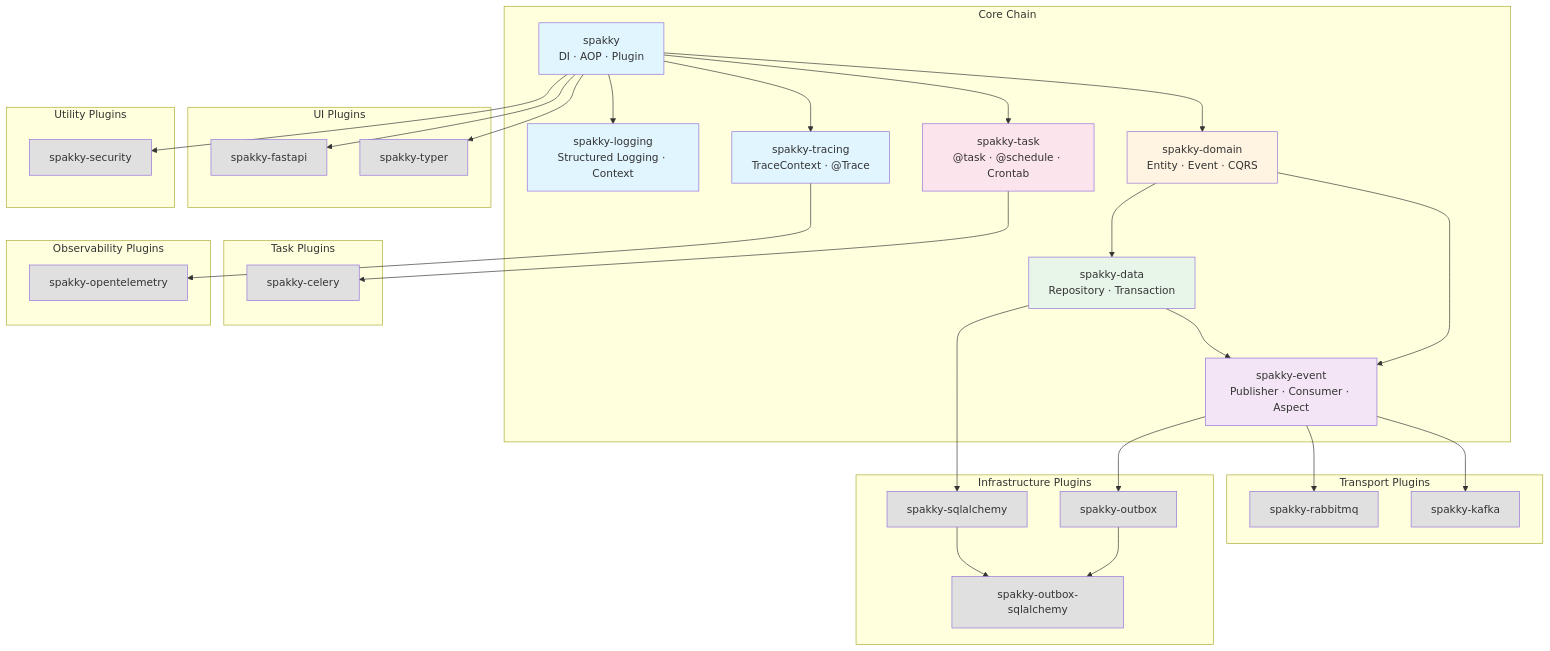
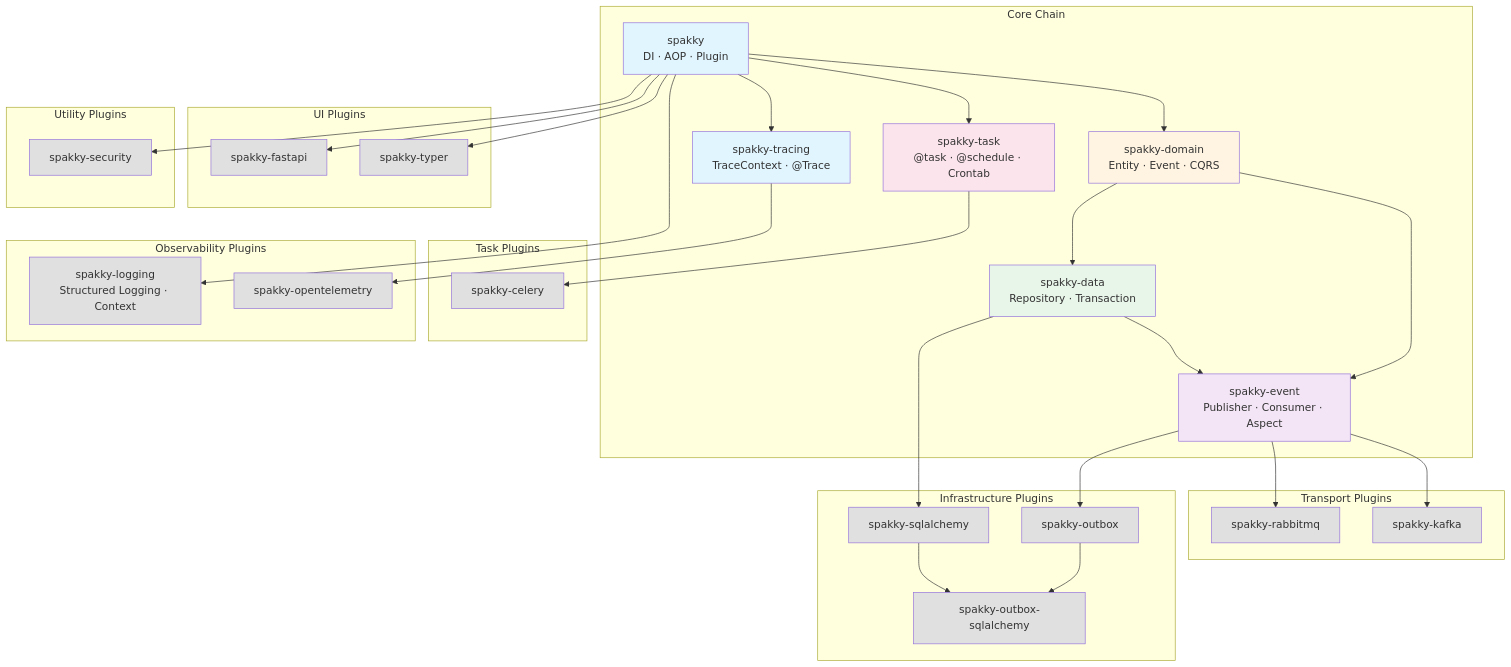
One commit to E5presso/spakky-framework changed the first of 2 diagrams in ARCHITECTURE.md. Above: the diagram before and after it, drawn with Mermaid. The commit also changed other lines of this file and 40 other files, not shown here.

First line of the commit message:
refactor(logging): move spakky-logging to plugins/, rename import path to spakky.plugins.logging

````diff
--- a/ARCHITECTURE.md
+++ b/ARCHITECTURE.md
@@ -53,82 +53,82 @@
 ```mermaid
 graph TB
     subgraph "Core Chain"
         core[spakky<br/>DI · AOP · Plugin]
-        logging_pkg[spakky-logging<br/>Structured Logging · Context]
         tracing_pkg[spakky-tracing<br/>TraceContext · @Trace]
         domain[spakky-domain<br/>Entity · Event · CQRS]
         data[spakky-data<br/>Repository · Transaction]
         event[spakky-event<br/>Publisher · Consumer · Aspect]
         task_pkg["spakky-task<br/>@task · @schedule · Crontab"]
     end
 
     subgraph "UI Plugins"
         fastapi[spakky-fastapi]
         typer[spakky-typer]
     end
 
     subgraph "Utility Plugins"
         security[spakky-security]
     end
 
     subgraph "Transport Plugins"
         rabbitmq[spakky-rabbitmq]
         kafka[spakky-kafka]
     end
 
     subgraph "Infrastructure Plugins"
         sqlalchemy[spakky-sqlalchemy]
         outbox[spakky-outbox]
         outbox_sa[spakky-outbox-sqlalchemy]
     end
 
     subgraph "Task Plugins"
         celery_plugin[spakky-celery]
     end
 
     subgraph "Observability Plugins"
+        logging_pkg[spakky-logging<br/>Structured Logging · Context]
         opentelemetry[spakky-opentelemetry]
     end
 
     core --> logging_pkg
     core --> tracing_pkg
     core --> domain
     domain --> data
     domain --> event
     data --> event
     core --> task_pkg
 
     core --> fastapi
     core --> typer
     core --> security
 
     event --> rabbitmq
     event --> kafka
     event --> outbox
 
     task_pkg --> celery_plugin
 
     tracing_pkg --> opentelemetry
 
     data --> sqlalchemy
     outbox --> outbox_sa
     sqlalchemy --> outbox_sa
 
     style core fill:#e1f5ff
-    style logging_pkg fill:#e1f5ff
+    style logging_pkg fill:#e0e0e0
     style domain fill:#fff4e1
     style data fill:#e8f5e9
     style event fill:#f3e5f5
     style task_pkg fill:#fce4ec
     style fastapi fill:#e0e0e0
     style typer fill:#e0e0e0
     style security fill:#e0e0e0
     style rabbitmq fill:#e0e0e0
     style kafka fill:#e0e0e0
     style sqlalchemy fill:#e0e0e0
     style outbox fill:#e0e0e0
     style outbox_sa fill:#e0e0e0
     style tracing_pkg fill:#e1f5ff
     style celery_plugin fill:#e0e0e0
     style opentelemetry fill:#e0e0e0
 ```
````
